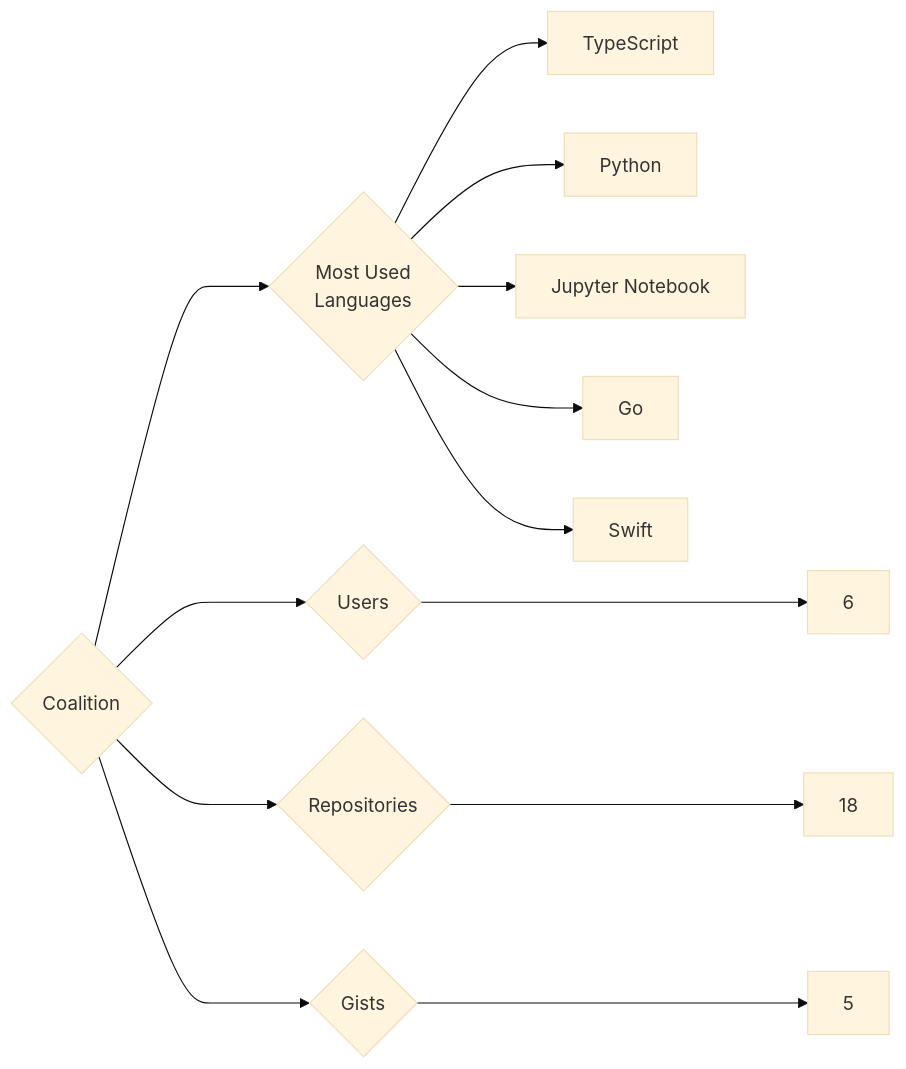
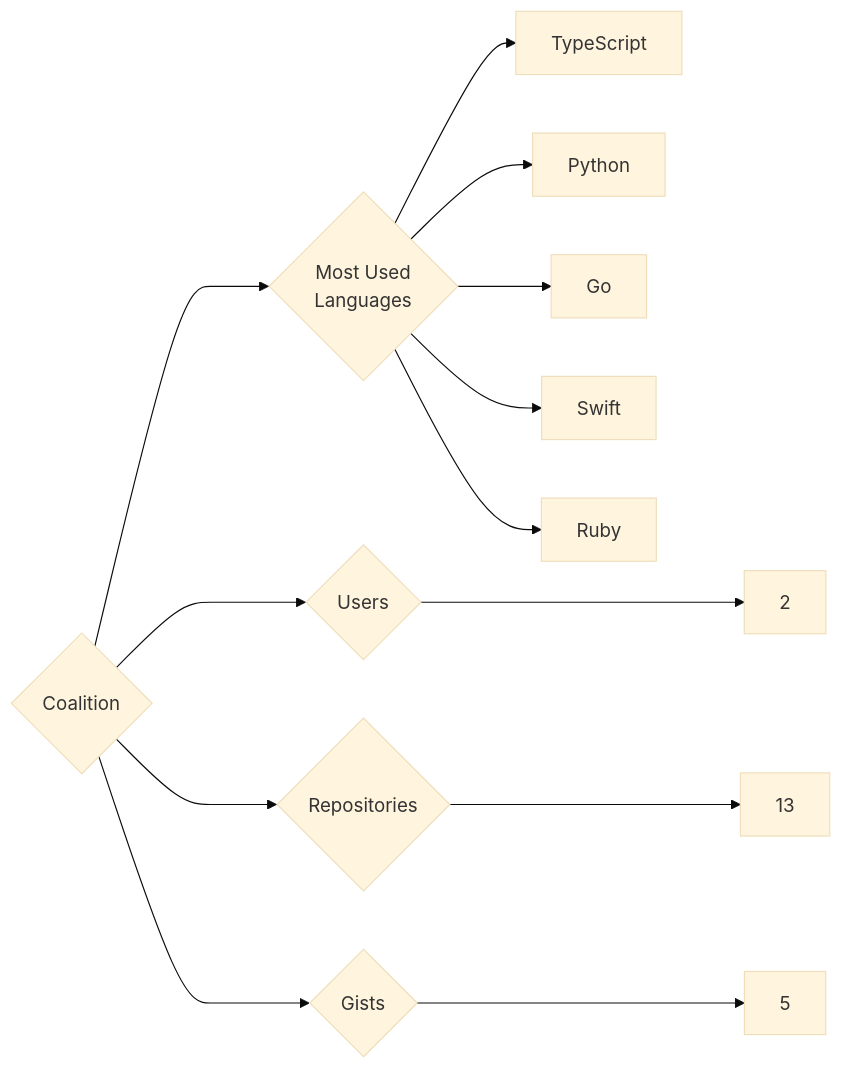
Before and after one commit to trickest/insiders: the diagram in targets/Coalition/README.md, drawn with Mermaid (base theme). The commit also changed 985 other files, not shown here.

````diff
--- a/targets/Coalition/README.md
+++ b/targets/Coalition/README.md
@@ -3,13 +3,13 @@
 ```mermaid
 graph LR
 COMPANY_NAME{Coalition}
-COMPANY_NAME ---> U{Users} ---> UN[6]
-COMPANY_NAME ---> R{Repositories} ---> RN[18]
+COMPANY_NAME ---> U{Users} ---> UN[2]
+COMPANY_NAME ---> R{Repositories} ---> RN[13]
 COMPANY_NAME ---> G{Gists} ---> GN[5]
 COMPANY_NAME ---> ML{Most Used<br>Languages}
 ML --> TypeScript[TypeScript]
 ML --> Python[Python]
-ML --> Jupyter_Notebook[Jupyter Notebook]
 ML --> Go[Go]
 ML --> Swift[Swift]
+ML --> Ruby[Ruby]
 ```
````
